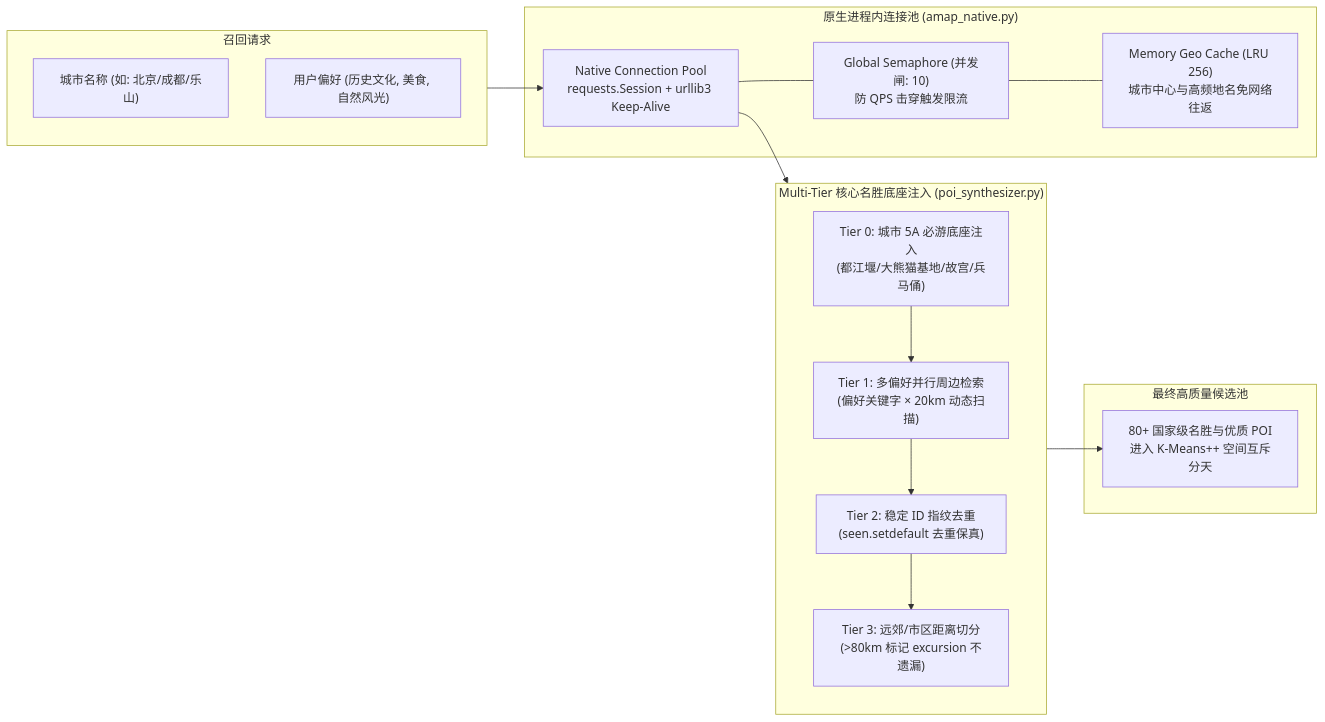
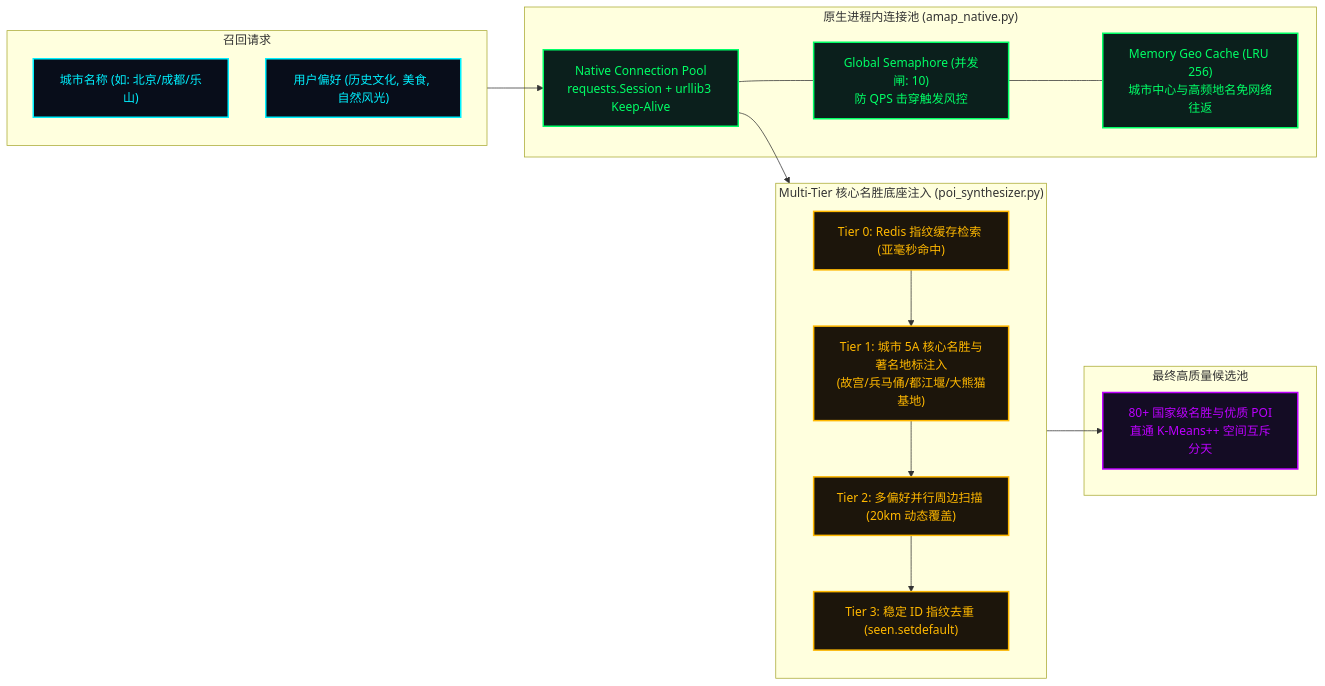
The fourth of 7 diagrams in ARCHITECTURE.md (SuperGODOG/tripplanner), drawn with Mermaid before and after one commit. The commit also changed other lines of this file and 1 other file, not shown here.

Commit message:
docs: overhaul ARCHITECTURE.md and README.md with cyberpunk sci-fi holo-matrix and v5.0 sovereign harness specs

````diff
--- a/ARCHITECTURE.md
+++ b/ARCHITECTURE.md
@@ -155,29 +268,34 @@
 ```mermaid
 flowchart LR
+    classDef req fill:#080d1a,stroke:#00F0FF,stroke-width:2px,color:#00F0FF;
+    classDef pool fill:#0b1f1c,stroke:#00FF66,stroke-width:2px,color:#00FF66;
+    classDef synth fill:#1c150b,stroke:#FFB800,stroke-width:2px,color:#FFB800;
+    classDef out fill:#140c24,stroke:#BD00FF,stroke-width:2px,color:#BD00FF;
+
     subgraph Request["召回请求"]
-        R1["城市名称 (如: 北京/成都/乐山)"]
-        R2["用户偏好 (历史文化, 美食, 自然风光)"]
+        R1["城市名称 (如: 北京/成都/乐山)"]:::req
+        R2["用户偏好 (历史文化, 美食, 自然风光)"]:::req
     end
 
     subgraph Pool["原生进程内连接池 (amap_native.py)"]
-        AP1["Native Connection Pool<br/>requests.Session + urllib3 Keep-Alive"]
-        AP2["Global Semaphore (并发闸: 10)<br/>防 QPS 击穿触发限流"]
-        AP3["Memory Geo Cache (LRU 256)<br/>城市中心与高频地名免网络往返"]
+        AP1["Native Connection Pool<br/>requests.Session + urllib3 Keep-Alive"]:::pool
+        AP2["Global Semaphore (并发闸: 10)<br/>防 QPS 击穿触发风控"]:::pool
+        AP3["Memory Geo Cache (LRU 256)<br/>城市中心与高频地名免网络往返"]:::pool
         AP1 --- AP2 --- AP3
     end
 
     subgraph Synthesizer["Multi-Tier 核心名胜底座注入 (poi_synthesizer.py)"]
-        T1["Tier 0: 城市 5A 必游底座注入<br/>(都江堰/大熊猫基地/故宫/兵马俑)"]
-        T2["Tier 1: 多偏好并行周边检索<br/>(偏好关键字 × 20km 动态扫描)"]
-        T3["Tier 2: 稳定 ID 指纹去重<br/>(seen.setdefault 去重保真)"]
-        T4["Tier 3: 远郊/市区距离切分<br/>(>80km 标记 excursion 不遗漏)"]
-        T1 --> T2 --> T3 --> T4
+        T0["Tier 0: Redis 指纹缓存检索 (亚毫秒命中)"]:::synth
+        T1["Tier 1: 城市 5A 核心名胜与著名地标注入<br/>(故宫/兵马俑/都江堰/大熊猫基地)"]:::synth
+        T2["Tier 2: 多偏好并行周边扫描 (20km 动态覆盖)"]:::synth
+        T3["Tier 3: 稳定 ID 指纹去重 (seen.setdefault)"]:::synth
+        T0 --> T1 --> T2 --> T3
     end
 
     subgraph Output["最终高质量候选池"]
-        OUT["80+ 国家级名胜与优质 POI<br/>进入 K-Means++ 空间互斥分天"]
+        OUT["80+ 国家级名胜与优质 POI<br/>直通 K-Means++ 空间互斥分天"]:::out
     end
 
     Request --> AP1
     AP1 --> Synthesizer --> OUT
 ```
````
